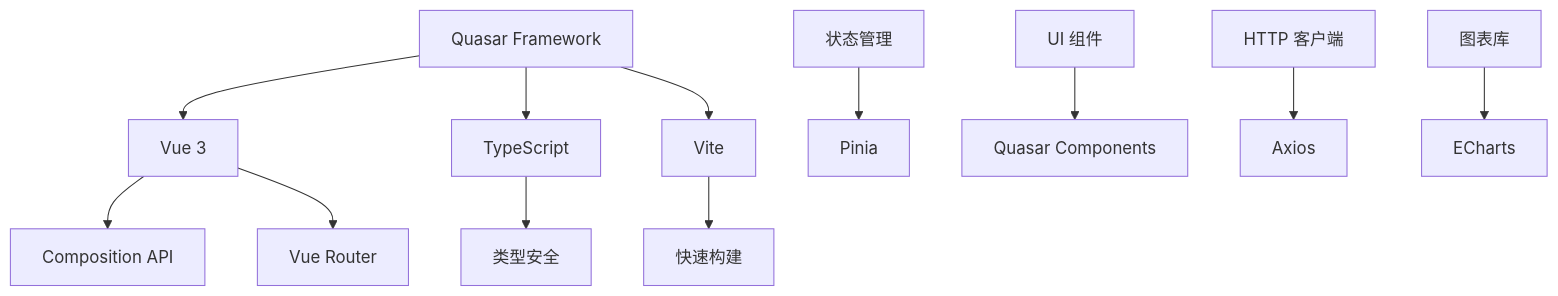
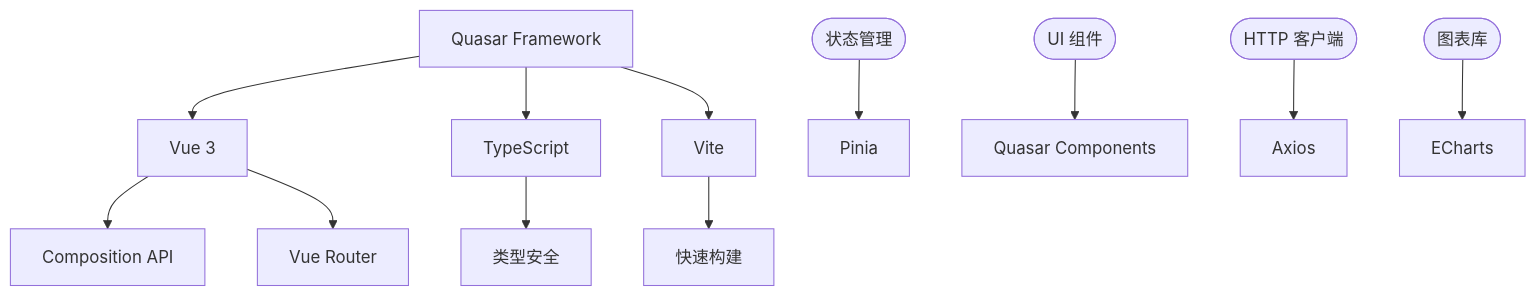
One commit to xingranya/CervixDetectAI changed the second of 7 diagrams in README.md. Above: the diagram before and after it, drawn with Mermaid. The commit also changed other lines of this file, not shown here.

First line of the commit message:
refactor(frontend): reorganize components and update project structure

````diff
--- a/README.md
+++ b/README.md
@@ -184,18 +184,14 @@
 ```mermaid
-graph TD
+flowchart TB
     A[Quasar Framework] --> B[Vue 3]
     A --> C[TypeScript]
     A --> D[Vite]
-
     B --> E[Composition API]
     B --> F[Vue Router]
-
     C --> G[类型安全]
-
     D --> H[快速构建]
-
-    I[状态管理] --> J[Pinia]
-    K[UI 组件] --> L[Quasar Components]
-    M[HTTP 客户端] --> N[Axios]
-    O[图表库] --> P[ECharts]
+    I([状态管理]) --> J[Pinia]
+    K([UI 组件]) --> L[Quasar Components]
+    M([HTTP 客户端]) --> N[Axios]
+    O([图表库]) --> P[ECharts]
 ```
````
